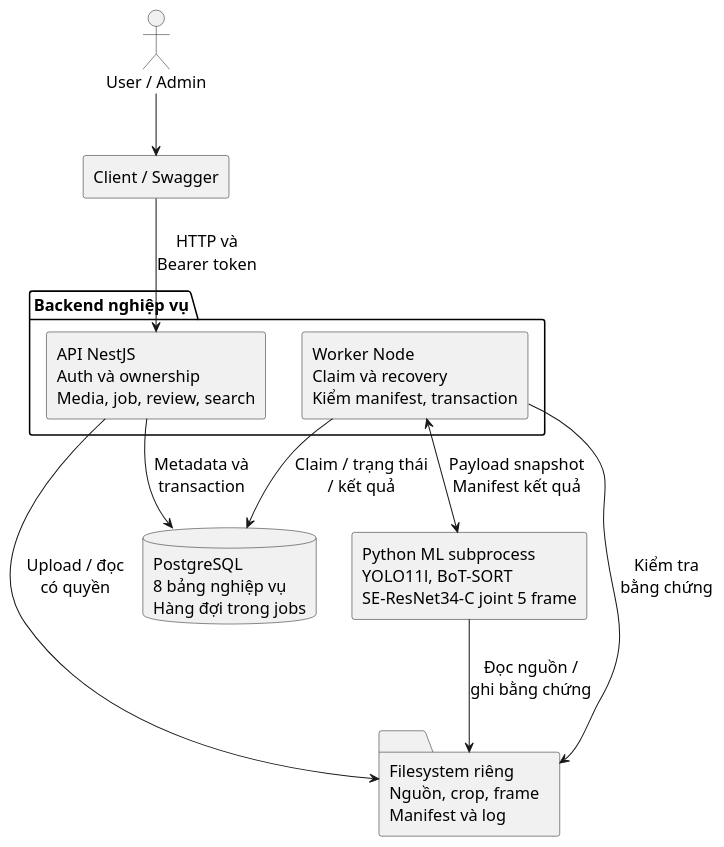
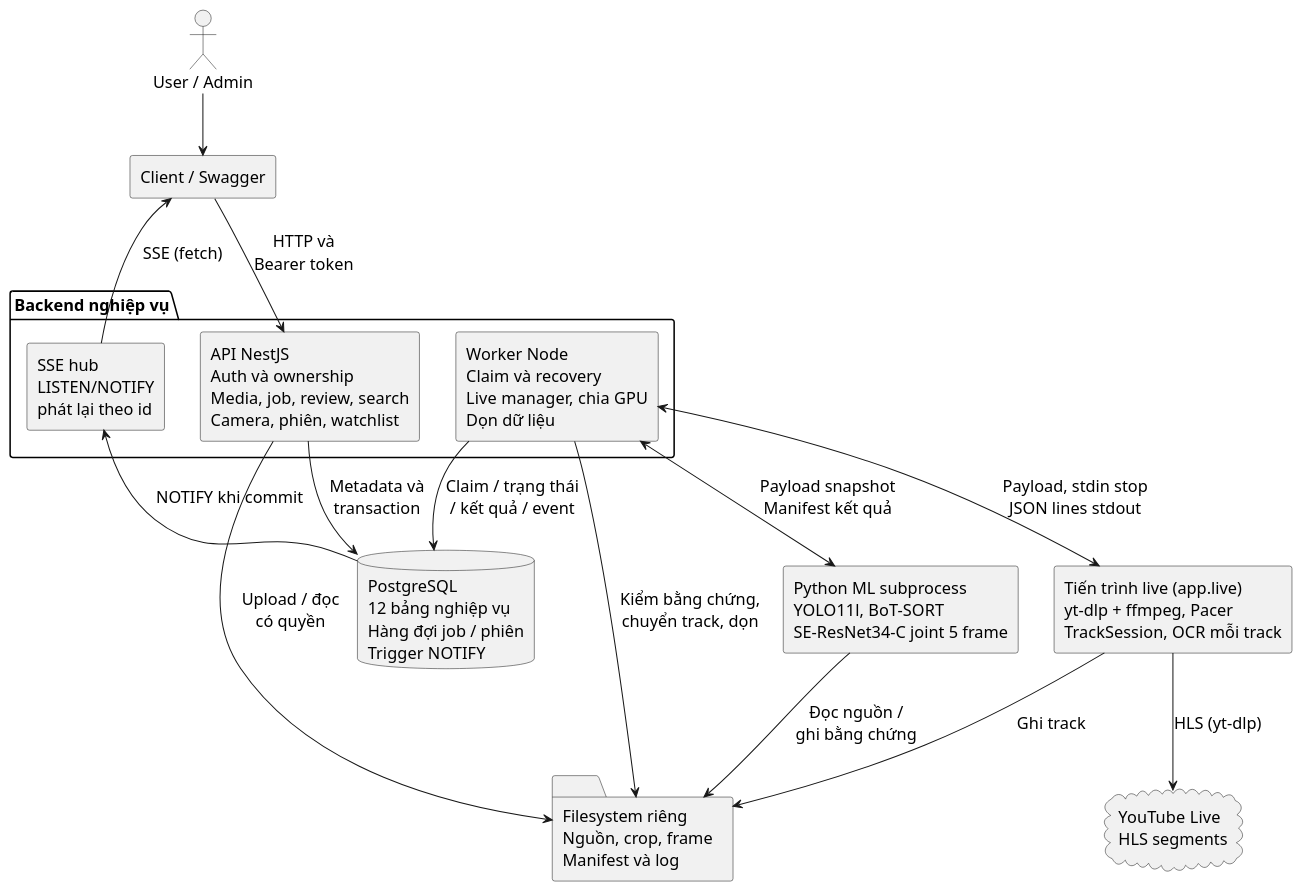
Before and after one commit to Oszumeiii/Vehicle_Tracking_BE: the diagram in docs/analysis/diagrams/15-architecture.puml, drawn with PlantUML. The commit also changed 30 other files, not shown here.

First line of the commit message:
docs(analysis): add YouTube Live to the analysis and design document

```diff
--- a/docs/analysis/diagrams/15-architecture.puml
+++ b/docs/analysis/diagrams/15-architecture.puml
@@ -1,25 +1,33 @@
 @startuml
 skinparam defaultFontName Arial
 skinparam defaultFontSize 16
 skinparam shadowing false
 skinparam backgroundColor white
 skinparam componentStyle rectangle
 top to bottom direction
 actor "User / Admin" as user
 component "Client / Swagger" as client
+cloud "YouTube Live\nHLS segments" as youtube
 package "Backend nghiệp vụ" {
-  component "API NestJS\nAuth và ownership\nMedia, job, review, search" as api
-  component "Worker Node\nClaim và recovery\nKiểm manifest, transaction" as worker
+  component "API NestJS\nAuth và ownership\nMedia, job, review, search\nCamera, phiên, watchlist" as api
+  component "SSE hub\nLISTEN/NOTIFY\nphát lại theo id" as hub
+  component "Worker Node\nClaim và recovery\nLive manager, chia GPU\nDọn dữ liệu" as worker
 }
-database "PostgreSQL\n8 bảng nghiệp vụ\nHàng đợi trong jobs" as db
+database "PostgreSQL\n12 bảng nghiệp vụ\nHàng đợi job / phiên\nTrigger NOTIFY" as db
 folder "Filesystem riêng\nNguồn, crop, frame\nManifest và log" as files
 component "Python ML subprocess\nYOLO11l, BoT-SORT\nSE-ResNet34-C joint 5 frame" as ml
+component "Tiến trình live (app.live)\nyt-dlp + ffmpeg, Pacer\nTrackSession, OCR mỗi track" as live
 user --> client
 client --> api : HTTP và\nBearer token
+hub --> client : SSE (fetch)
 api --> db : Metadata và\ntransaction
+db --> hub : NOTIFY khi commit
 api --> files : Upload / đọc\ncó quyền
-worker --> db : Claim / trạng thái\n/ kết quả
+worker --> db : Claim / trạng thái\n/ kết quả / event
 worker <--> ml : Payload snapshot\nManifest kết quả
+worker <--> live : Payload, stdin stop\nJSON lines stdout
+live --> youtube : HLS (yt-dlp)
 ml --> files : Đọc nguồn /\nghi bằng chứng
-worker --> files : Kiểm tra\nbằng chứng
+live --> files : Ghi track
+worker --> files : Kiểm bằng chứng,\nchuyển track, dọn
 @enduml
```
